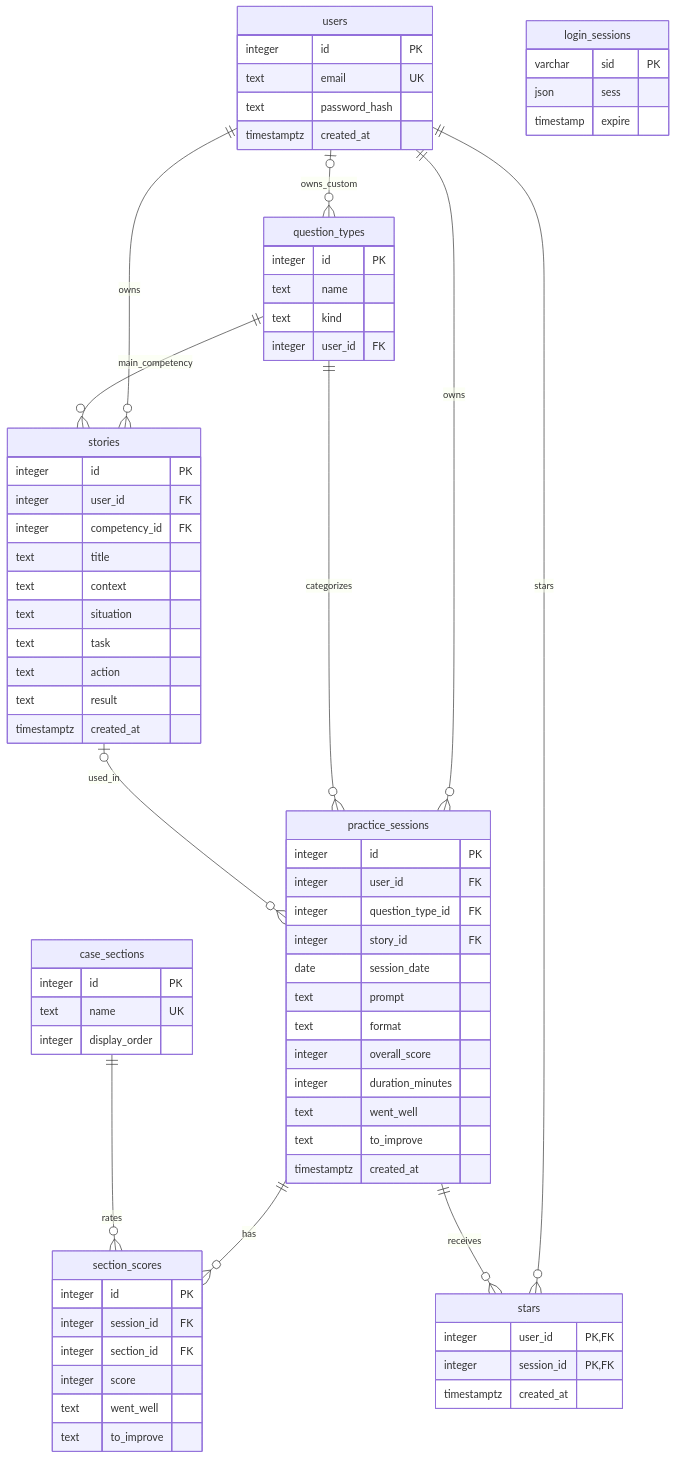
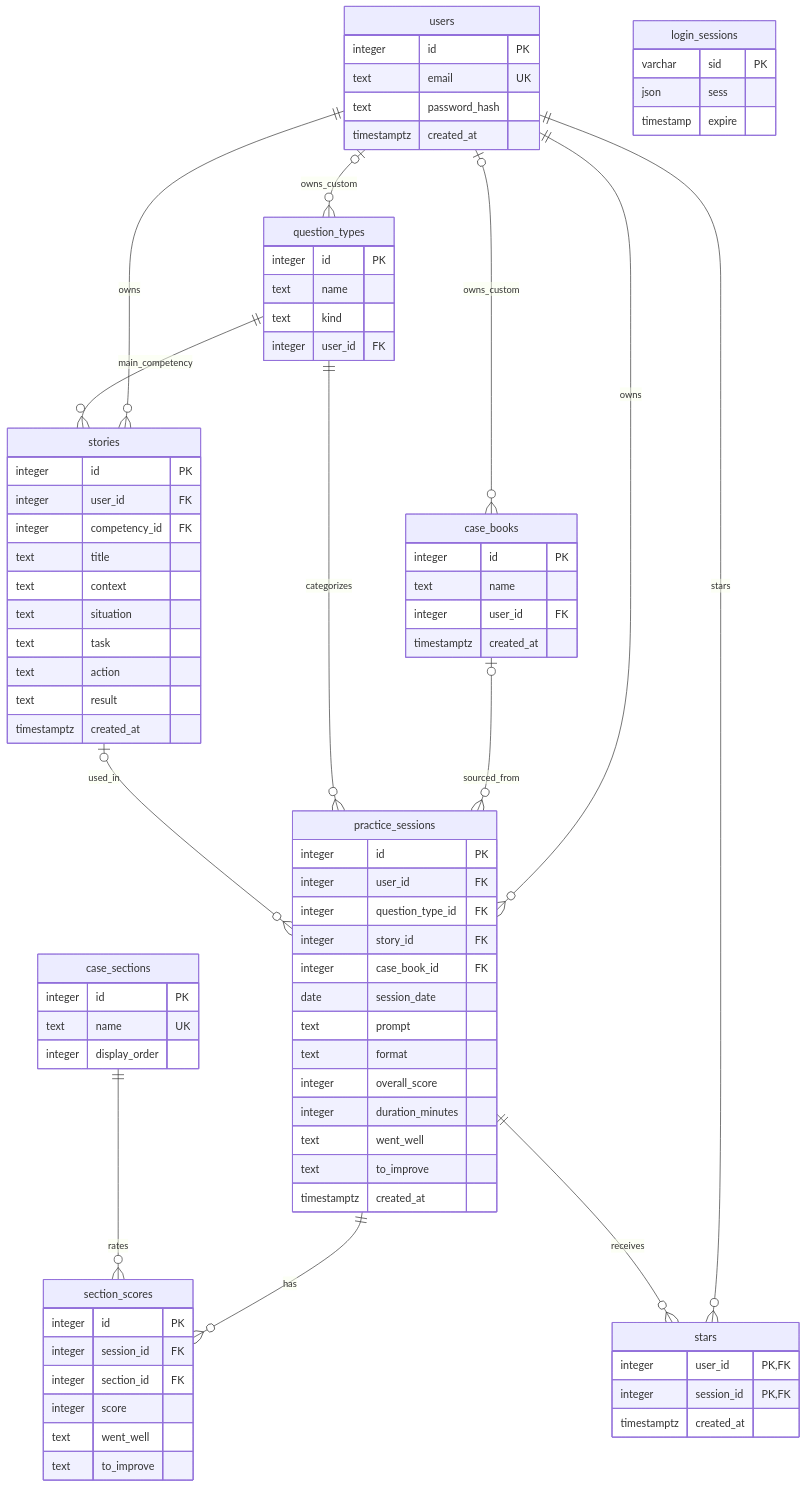
The diagram in schema.md (dshimada98/interviewprep), drawn with Mermaid before and after one commit. The commit also changed other lines of this file and 32 other files, not shown here.

````diff
--- a/schema.md
+++ b/schema.md
@@ -104,6 +144,8 @@
 ```mermaid
 erDiagram
     users ||--o{ practice_sessions : owns
+    users |o--o{ case_books : owns_custom
+    case_books |o--o{ practice_sessions : sourced_from
     question_types ||--o{ practice_sessions : categorizes
     users ||--o{ stories : owns
     question_types ||--o{ stories : main_competency
@@ -130,6 +172,7 @@
         integer user_id FK
         integer question_type_id FK
         integer story_id FK
+        integer case_book_id FK
         date session_date
         text prompt
         text format
@@ -137,6 +180,12 @@
         integer duration_minutes
         text went_well
         text to_improve
+        timestamptz created_at
+    }
+    case_books {
+        integer id PK
+        text name
+        integer user_id FK
         timestamptz created_at
     }
     case_sections {
````
